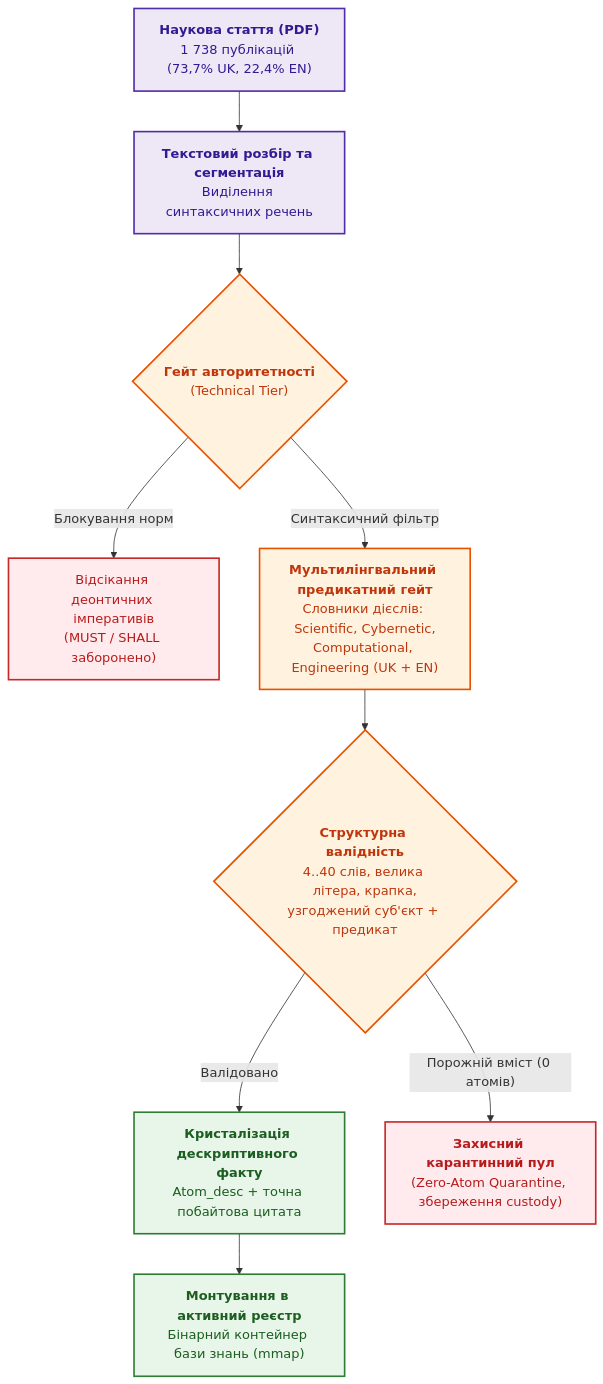
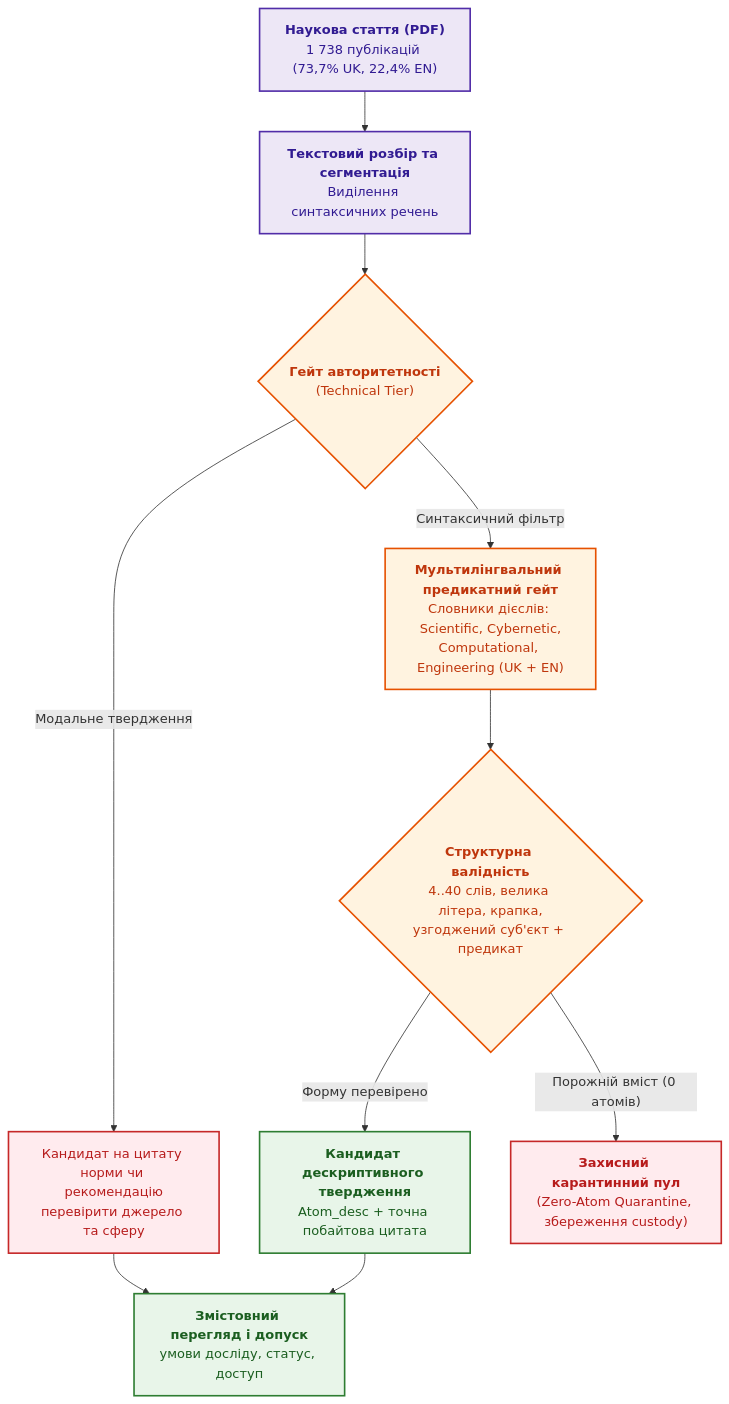
The seventh of 15 diagrams in ExpertSystem/ch10-knowledge-acquisition-systems.md (nick-fedchik/articles), drawn with Mermaid before and after one commit. The commit also changed other lines of this file and 8 other files, not shown here.

````diff
--- a/ExpertSystem/ch10-knowledge-acquisition-systems.md
+++ b/ExpertSystem/ch10-knowledge-acquisition-systems.md
@@ -542,28 +605,29 @@
 ```mermaid
 flowchart TD
     accTitle: Конвеєр детермінованої обробки наукової періодики та стратифікації авторитетності
     accDescr: Схема розділення вхідного наукового документа на дескриптивні факти та гіпотези через багатомовний валідатор зі збереженням походження.
 
     Doc["<b>Наукова стаття (PDF)</b><br/>1 738 публікацій (73,7% UK, 22,4% EN)"] --> Ingest["<b>Текстовий розбір та сегментація</b><br/>Виділення синтаксичних речень"]
     Ingest --> TierGate{"<b>Гейт авторитетності</b><br/>(Technical Tier)"}
     
-    TierGate -->|"Блокування норм"| DropNorms["Відсікання деонтичних імперативів<br/>(MUST / SHALL заборонено)"]
+    TierGate -->|"Модальне твердження"| DropNorms["Кандидат на цитату норми чи рекомендацію<br/>перевірити джерело та сферу"]
     TierGate -->|"Синтаксичний фільтр"| MultiLing["<b>Мультилінгвальний предикатний гейт</b><br/>Словники дієслів: Scientific, Cybernetic,<br/>Computational, Engineering (UK + EN)"]
     
     MultiLing --> CleanCheck{"<b>Структурна валідність</b><br/>4..40 слів, велика літера, крапка,<br/>узгоджений суб'єкт + предикат"}
     
-    CleanCheck -->|"Валідовано"| EmitDesc["<b>Кристалізація дескриптивного факту</b><br/>Atom_desc + точна побайтова цитата"]
+    CleanCheck -->|"Форму перевірено"| EmitDesc["<b>Кандидат дескриптивного твердження</b><br/>Atom_desc + точна побайтова цитата"]
     CleanCheck -->|"Порожній вміст (0 атомів)"| Quarantine["<b>Захисний карантинний пул</b><br/>(Zero-Atom Quarantine, збереження custody)"]
     
-    EmitDesc --> Reg["<b>Монтування в активний реєстр</b><br/>Бінарний контейнер бази знань (mmap)"]
+    EmitDesc --> Reg["<b>Змістовний перегляд і допуск</b><br/>умови досліду, статус, доступ"]
+    DropNorms --> Reg
 
     classDef src fill:#ede7f6,stroke:#512da8,stroke-width:2px,color:#311b92;
     classDef gate fill:#fff3e0,stroke:#e65100,stroke-width:2px,color:#bf360c;
     classDef ok fill:#e8f5e9,stroke:#2e7d32,stroke-width:2px,color:#1b5e20;
     classDef warn fill:#ffebee,stroke:#c62828,stroke-width:2px,color:#b71c1c;
 
     class Doc,Ingest src;
     class TierGate,MultiLing,CleanCheck gate;
     class EmitDesc,Reg ok;
     class DropNorms,Quarantine warn;
 ```
````
